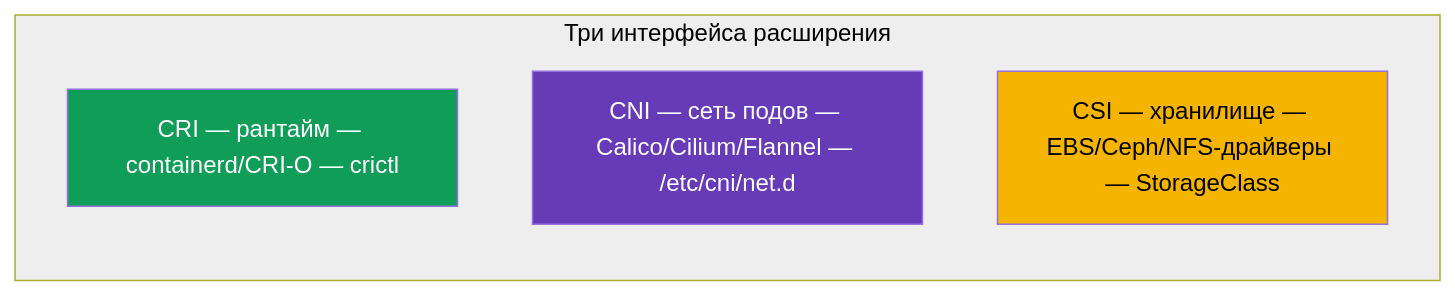
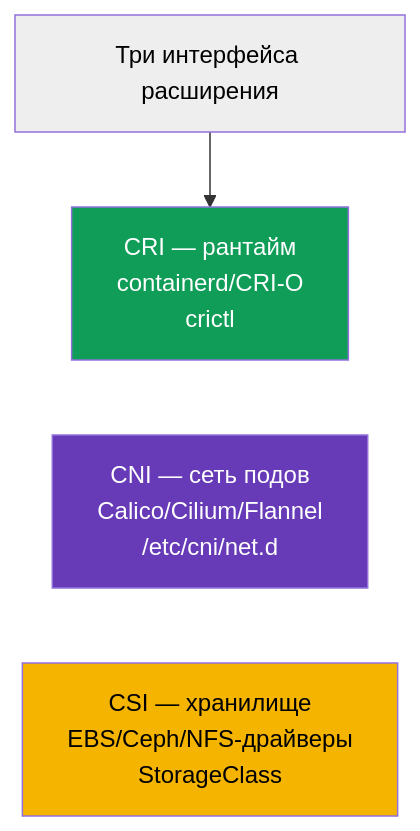
The sixth of 6 diagrams in tasks/cka/course/40/ru.md (ViktorUJ/cks), drawn with Mermaid before and after one commit. The commit also changed 30 other files, not shown here.

````diff
--- a/tasks/cka/course/40/ru.md
+++ b/tasks/cka/course/40/ru.md
@@ -130,13 +130,11 @@
 ```mermaid
 flowchart TB
-    subgraph Three["Три интерфейса расширения"]
-        direction TB
-        cri["CRI — рантайм — containerd/CRI-O — crictl"]
-        cni["CNI — сеть подов — Calico/Cilium/Flannel — /etc/cni/net.d"]
-        csi["CSI — хранилище — EBS/Ceph/NFS-драйверы — StorageClass"]
-    end
-    style Three fill:#eeeeee,color:#000
+    three["Три интерфейса расширения"]
+    three --> cri["CRI — рантайм<br>containerd/CRI-O<br>crictl"]
+    cri ~~~ cni["CNI — сеть подов<br>Calico/Cilium/Flannel<br>/etc/cni/net.d"]
+    cni ~~~ csi["CSI — хранилище<br>EBS/Ceph/NFS-драйверы<br>StorageClass"]
+    style three fill:#eeeeee,color:#000
     style cri fill:#0f9d58,color:#fff
     style cni fill:#673ab7,color:#fff
     style csi fill:#f4b400,color:#000
 ```
````
